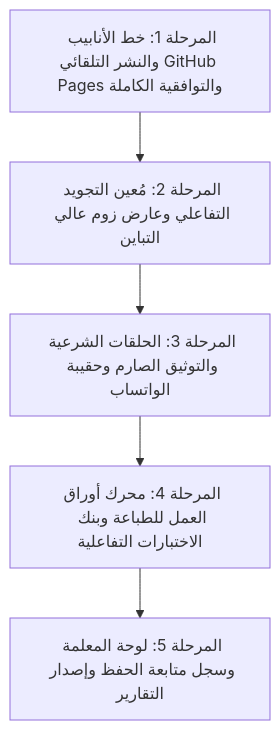
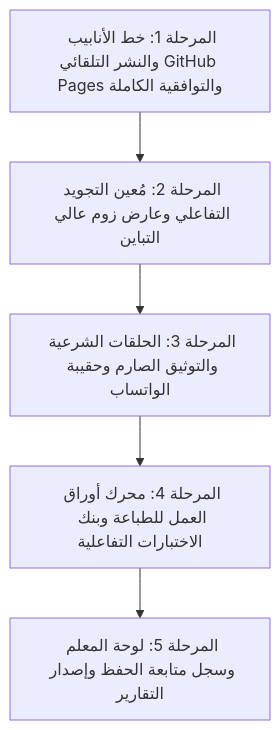
One commit to anubisland/mishkah changed the diagram in docs/mishkah_master_roadmap.md. Above: the diagram before and after it, drawn with Mermaid. The commit also changed other lines of this file and 2 other files, not shown here.

Commit message:
refactor: standardize wording to universal teacher and student terms across UI and roadmap

````diff
--- a/docs/mishkah_master_roadmap.md
+++ b/docs/mishkah_master_roadmap.md
@@ -18,13 +18,13 @@
 ```mermaid
 flowchart TD
     M1["المرحلة 1: خط الأنابيب والنشر التلقائي GitHub Pages والتوافقية الكاملة"]
     M2["المرحلة 2: مُعين التجويد التفاعلي وعارض زوم عالي التباين"]
     M3["المرحلة 3: الحلقات الشرعية والتوثيق الصارم وحقيبة الواتساب"]
     M4["المرحلة 4: محرك أوراق العمل للطباعة وبنك الاختبارات التفاعلية"]
-    M5["المرحلة 5: لوحة المعلمة وسجل متابعة الحفظ وإصدار التقارير"]
+    M5["المرحلة 5: لوحة المعلم وسجل متابعة الحفظ وإصدار التقارير"]
 
     M1 --> M2
     M2 --> M3
     M3 --> M4
     M4 --> M5
 ```
````
